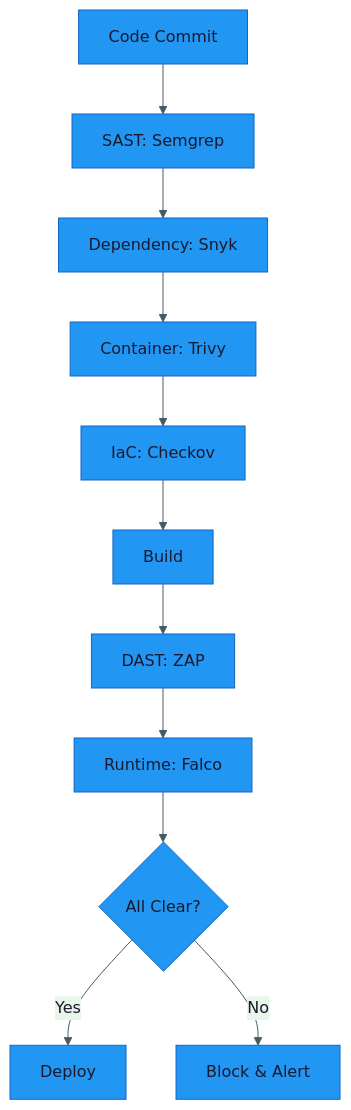
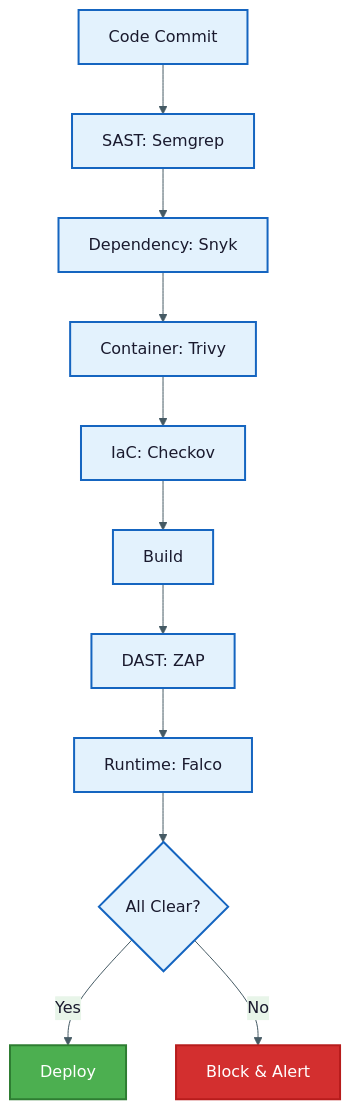
The second of 6 diagrams in FUTURE_WORKFLOWS.md (Hack23/homepage), drawn with Mermaid before and after one commit. The commit also changed other lines of this file and 19 other files, not shown here.

First line of the commit message:
Add style-guide-compliant classDef styling to 44 unstyled flowcharts

````diff
--- a/FUTURE_WORKFLOWS.md
+++ b/FUTURE_WORKFLOWS.md
@@ -200,14 +200,23 @@
 ```mermaid
 %%{init: {"theme": "base", "themeVariables": {"primaryColor": "#2196F3", "primaryTextColor": "#1a1a2e", "lineColor": "#455A64", "secondaryColor": "#e8f5e9", "tertiaryColor": "#fff8e1", "primaryBorderColor": "#1565C0"}}}%%
 graph TB
     A[Code Commit] --> B[SAST: Semgrep]
     B --> C[Dependency: Snyk]
     C --> D[Container: Trivy]
     D --> E[IaC: Checkov]
     E --> F[Build]
     F --> G[DAST: ZAP]
     G --> H[Runtime: Falco]
     H --> I{All Clear?}
     I -->|Yes| J[Deploy]
     I -->|No| K[Block & Alert]
+
+    classDef default fill:#e3f2fd,stroke:#1565C0,stroke-width:2px,color:#1a1a2e
+    classDef primary fill:#2196F3,stroke:#1565C0,stroke-width:2px,color:#ffffff
+    classDef success fill:#4CAF50,stroke:#2E7D32,stroke-width:2px,color:#ffffff
+    classDef warning fill:#FF9800,stroke:#F57C00,stroke-width:2px,color:#ffffff
+    classDef danger fill:#D32F2F,stroke:#B71C1C,stroke-width:2px,color:#ffffff
+    classDef info fill:#455A64,stroke:#263238,stroke-width:2px,color:#ffffff
+    class J success
+    class K danger
 ```
````
